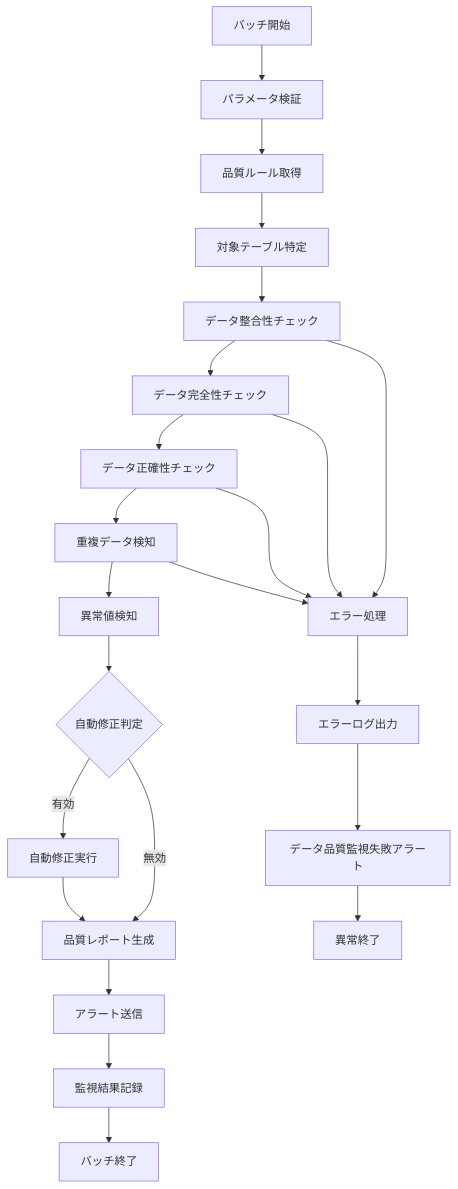
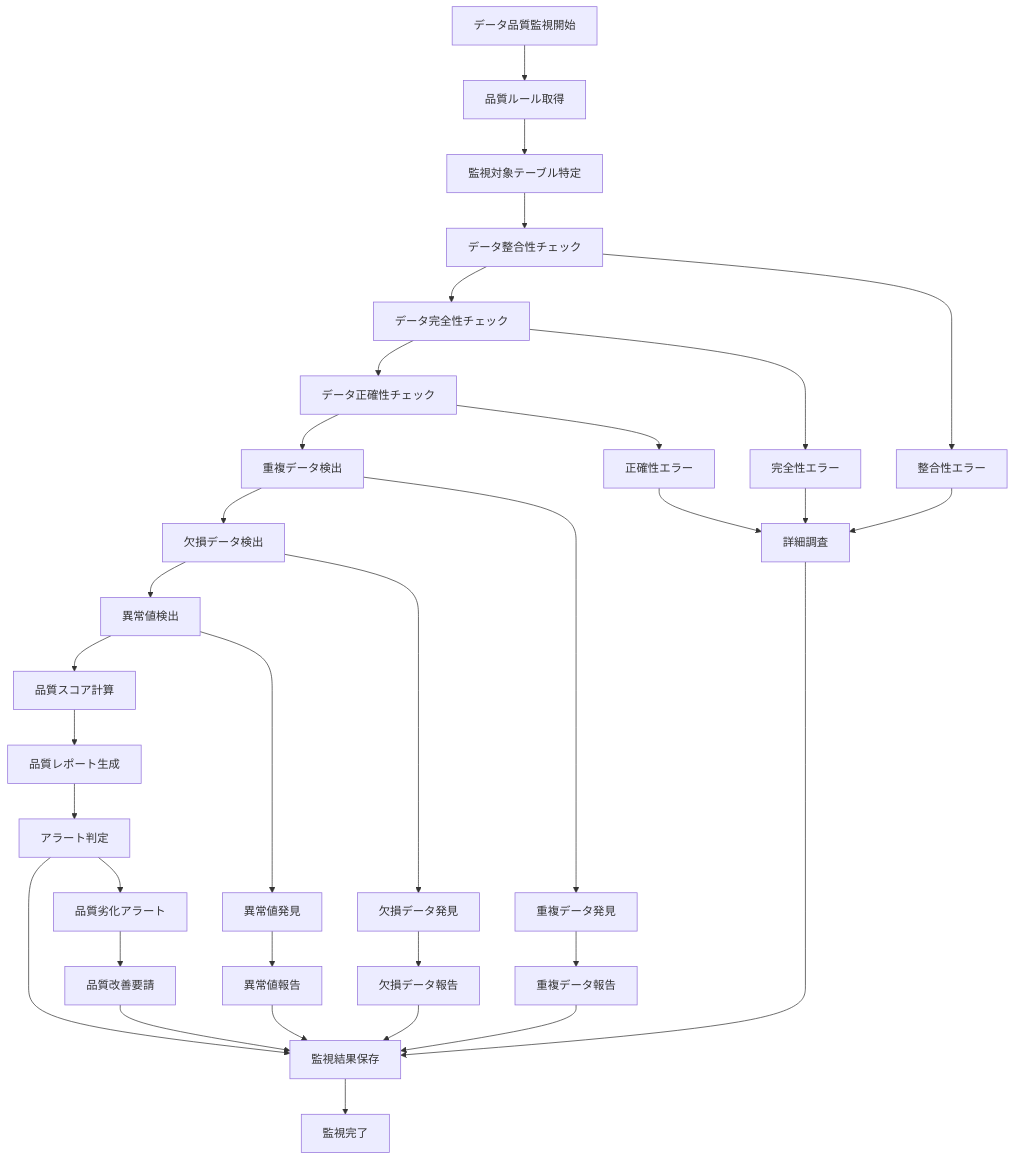
Before and after one commit to sas-dx/skill-report-web: the diagram in docs/design/batch/specs/バッチ定義書_BATCH-603_データ品質監視バッチ.md, drawn with Mermaid. The commit also changed other lines of this file and 1 other file, not shown here.

````diff
--- a/docs/design/batch/specs/バッチ定義書_BATCH-603_データ品質監視バッチ.md
+++ b/docs/design/batch/specs/バッチ定義書_BATCH-603_データ品質監視バッチ.md
@@ -56,26 +57,36 @@
 ```mermaid
 flowchart TD
-    A[バッチ開始] --> B[パラメータ検証]
-    B --> C[品質ルール取得]
-    C --> D[対象テーブル特定]
-    D --> E[データ整合性チェック]
-    E --> F[データ完全性チェック]
-    F --> G[データ正確性チェック]
-    G --> H[重複データ検知]
-    H --> I[異常値検知]
-    I --> J{自動修正判定}
-    J -->|有効| K[自動修正実行]
-    J -->|無効| L[品質レポート生成]
-    K --> L
-    L --> M[アラート送信]
-    M --> N[監視結果記録]
-    N --> O[バッチ終了]
+    A[データ品質監視開始] --> B[品質ルール取得]
+    B --> C[監視対象テーブル特定]
+    C --> D[データ整合性チェック]
+    D --> E[データ完全性チェック]
+    E --> F[データ正確性チェック]
+    F --> G[重複データ検出]
+    G --> H[欠損データ検出]
+    H --> I[異常値検出]
+    I --> J[品質スコア計算]
+    J --> K[品質レポート生成]
+    K --> L[アラート判定]
+    L --> M[監視結果保存]
+    M --> N[監視完了]
     
-    E --> P[エラー処理]
-    F --> P
-    G --> P
-    H --> P
-    P --> Q[エラーログ出力]
-    Q --> R[データ品質監視失敗アラート]
-    R --> S[異常終了]
+    D --> O[整合性エラー]
+    E --> P[完全性エラー]
+    F --> Q[正確性エラー]
+    G --> R[重複データ発見]
+    H --> S[欠損データ発見]
+    I --> T[異常値発見]
+    L --> U[品質劣化アラート]
+    O --> V[詳細調査]
+    P --> V
+    Q --> V
+    R --> W[重複データ報告]
+    S --> X[欠損データ報告]
+    T --> Y[異常値報告]
+    U --> Z[品質改善要請]
+    V --> M
+    W --> M
+    X --> M
+    Y --> M
+    Z --> M
 ```
````
